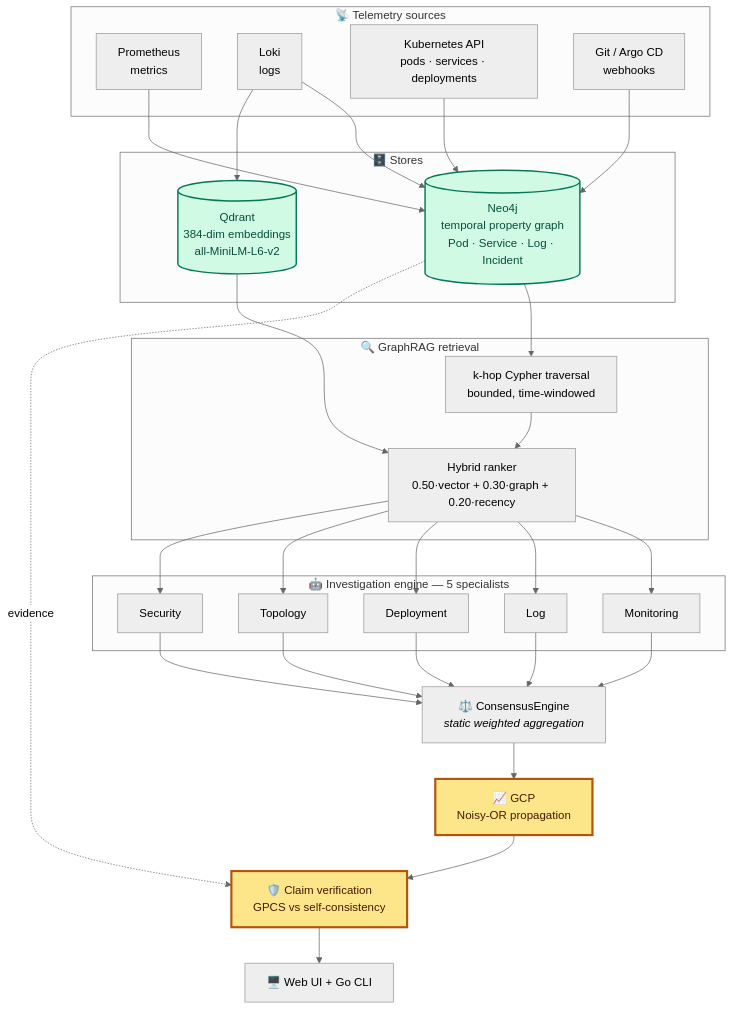
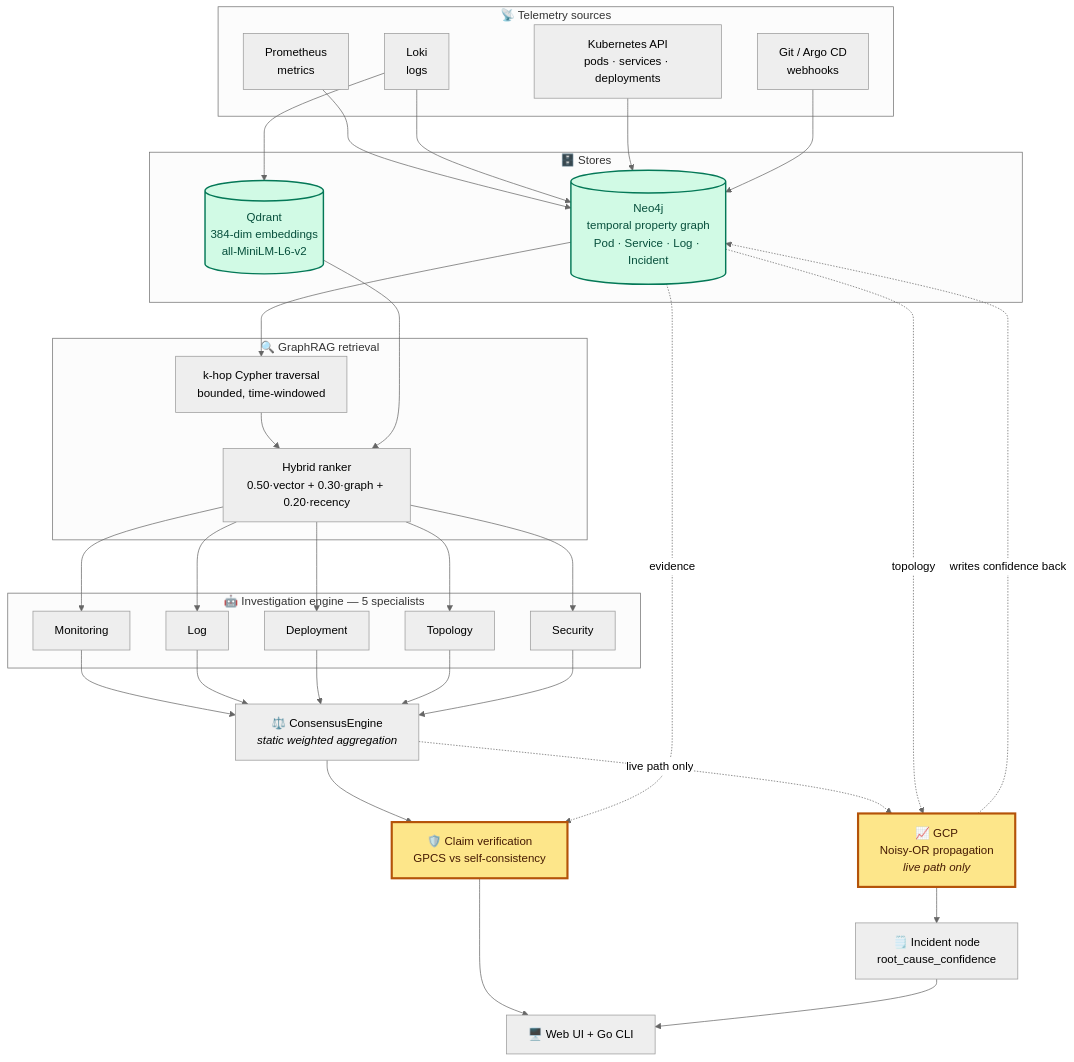
One commit to shivamshashank/CloudGraph changed the second of 3 diagrams in README.md. Above: the diagram before and after it, drawn with Mermaid (neutral theme). The commit also changed other lines of this file and 128 other files, not shown here.

````diff
--- a/README.md
+++ b/README.md
@@ -174,47 +261,52 @@
 ```mermaid
 flowchart TB
     subgraph SRC["📡 Telemetry sources"]
         PROM["Prometheus<br/>metrics"]
         LOKI["Loki<br/>logs"]
         K8S["Kubernetes API<br/>pods · services · deployments"]
         GIT["Git / Argo CD<br/>webhooks"]
     end
 
     subgraph STORE["🗄️ Stores"]
         NEO[("Neo4j<br/>temporal property graph<br/>Pod · Service · Log · Incident")]
         QD[("Qdrant<br/>384-dim embeddings<br/>all-MiniLM-L6-v2")]
     end
 
     subgraph RET["🔍 GraphRAG retrieval"]
         TRAV["k-hop Cypher traversal<br/>bounded, time-windowed"]
         RANK["Hybrid ranker<br/>0.50·vector + 0.30·graph + 0.20·recency"]
     end
 
     subgraph AGENTS["🤖 Investigation engine — 5 specialists"]
         MON["Monitoring"]
         LOG["Log"]
         DEP["Deployment"]
         TOP["Topology"]
         SEC["Security"]
     end
 
     CONS["⚖️ ConsensusEngine<br/><i>static weighted aggregation</i>"]
-    GCP["📈 GCP<br/>Noisy-OR propagation"]
+    GCP["📈 GCP<br/>Noisy-OR propagation<br/><i>live path only</i>"]
+    INC["🗒️ Incident node<br/>root_cause_confidence"]
     VERIFY["🛡️ Claim verification<br/>GPCS vs self-consistency"]
     UI["🖥️ Web UI + Go CLI"]
 
     PROM & LOKI & K8S & GIT --> NEO
     LOKI --> QD
     NEO --> TRAV --> RANK
     QD --> RANK
     RANK --> MON & LOG & DEP & TOP & SEC
     MON & LOG & DEP & TOP & SEC --> CONS
-    CONS --> GCP --> VERIFY
+    CONS --> VERIFY
+    CONS -.live path only.-> GCP --> INC
     NEO -.evidence.-> VERIFY
+    NEO -.topology.-> GCP
+    GCP -.writes confidence back.-> NEO
     VERIFY --> UI
+    INC --> UI
 
     classDef store fill:#d1fae5,stroke:#047857,stroke-width:2px,color:#064e3b
     classDef contrib fill:#fde68a,stroke:#b45309,stroke-width:3px,color:#451a03
     class NEO,QD store
     class VERIFY,GCP contrib
 ```
````
